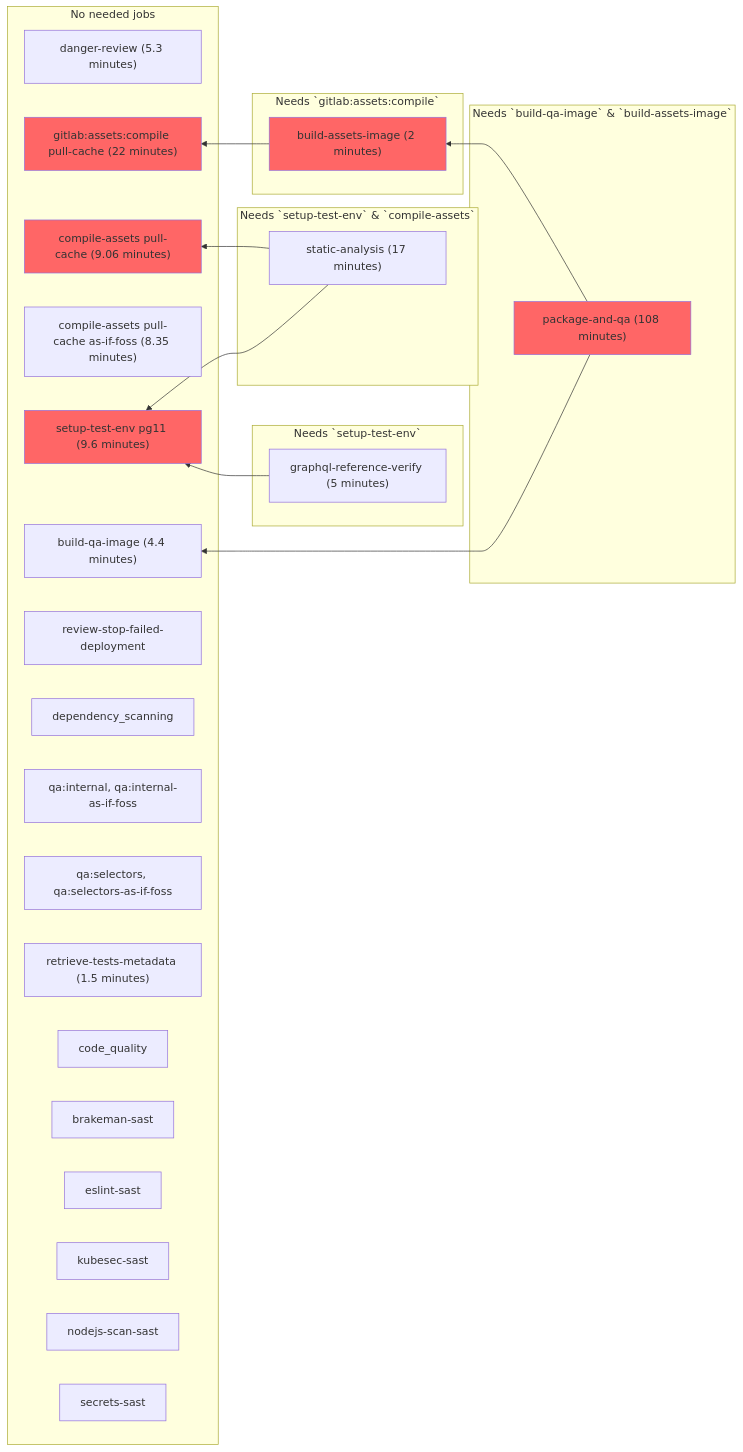
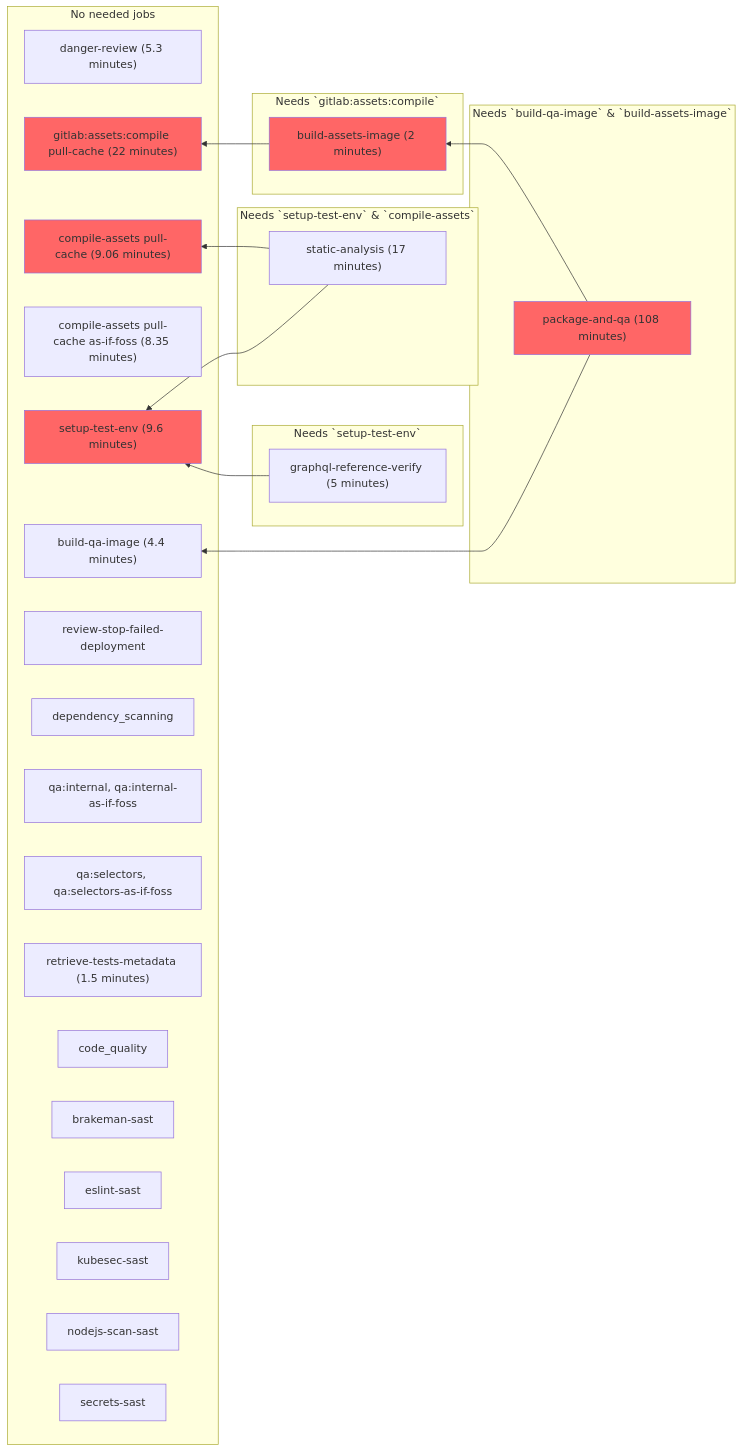
The fourth of 4 diagrams in doc/development/pipelines.md (minshi123/gitlab), drawn with Mermaid before and after one commit. The commit also changed other lines of this file and 7 other files, not shown here.

First line of the commit message:
Rename 'setup-test-env pg11' to 'setup-test-env'

````diff
--- a/doc/development/pipelines.md
+++ b/doc/development/pipelines.md
@@ -451,60 +451,60 @@
 ```mermaid
 graph RL;
   classDef criticalPath fill:#f66;
 
   subgraph "No needed jobs";
     1-1["danger-review (5.3 minutes)"];
     click 1-1 "https://app.periscopedata.com/app/gitlab/652085/Engineering-Productivity---Pipeline-Build-Durations?widget=8100542&udv=0"
     1-2["build-qa-image (4.4 minutes)"];
     click 1-2 "https://app.periscopedata.com/app/gitlab/652085/Engineering-Productivity---Pipeline-Build-Durations?widget=6914325&udv=0"
     1-3["compile-assets pull-cache (9.06 minutes)"];
     click 1-3 "https://app.periscopedata.com/app/gitlab/652085/Engineering-Productivity---Pipeline-Build-Durations?widget=6914317&udv=0"
     1-4["compile-assets pull-cache as-if-foss (8.35 minutes)"];
     click 1-4 "https://app.periscopedata.com/app/gitlab/652085/Engineering-Productivity---Pipeline-Build-Durations?widget=8356616&udv=0"
     1-5["gitlab:assets:compile pull-cache (22 minutes)"];
     click 1-5 "https://app.periscopedata.com/app/gitlab/652085/Engineering-Productivity---Pipeline-Build-Durations?widget=6914312&udv=0"
-    1-6["setup-test-env pg11 (9.6 minutes)"];
+    1-6["setup-test-env (9.6 minutes)"];
     click 1-6 "https://app.periscopedata.com/app/gitlab/652085/Engineering-Productivity---Pipeline-Build-Durations?widget=6914315&udv=0"
     1-7["review-stop-failed-deployment"];
     1-8["dependency_scanning"];
     1-9["qa:internal, qa:internal-as-if-foss"];
     1-11["qa:selectors, qa:selectors-as-if-foss"];
     1-14["retrieve-tests-metadata (1.5 minutes)"];
     click 1-14 "https://app.periscopedata.com/app/gitlab/652085/Engineering-Productivity---Pipeline-Build-Durations?widget=8356697&udv=0"
     1-15["code_quality"];
     1-16["brakeman-sast"];
     1-17["eslint-sast"];
     1-18["kubesec-sast"];
     1-19["nodejs-scan-sast"];
     1-20["secrets-sast"];
 
     class 1-3 criticalPath;
     class 1-5 criticalPath;
     class 1-6 criticalPath;
   end
 
   2_1-1["graphql-reference-verify (5 minutes)"];
   click 2_1-1 "https://app.periscopedata.com/app/gitlab/652085/Engineering-Productivity---Pipeline-Build-Durations?widget=8356715&udv=0"
 
   subgraph "Needs `setup-test-env`";
     2_1-1 --> 1-6;
   end
 
   2_2-1["static-analysis (17 minutes)"];
   click 2_2-1 "https://app.periscopedata.com/app/gitlab/652085/Engineering-Productivity---Pipeline-Build-Durations?widget=6914471&udv=0"
 
   subgraph "Needs `setup-test-env` & `compile-assets`";
     2_2-1 --> 1-6 & 1-3;
   end
 
   subgraph "Needs `gitlab:assets:compile`";
     2_3-1["build-assets-image (2 minutes)"] --> 1-5
     class 2_3-1 criticalPath;
   end
 
   subgraph "Needs `build-qa-image` & `build-assets-image`";
     2_4-1["package-and-qa (108 minutes)"] --> 1-2 & 2_3-1;
     class 2_4-1 criticalPath;
     click 2_4-1 "https://app.periscopedata.com/app/gitlab/652085/Engineering-Productivity---Pipeline-Build-Durations?widget=6914305&udv=0"
   end
 ```
````
